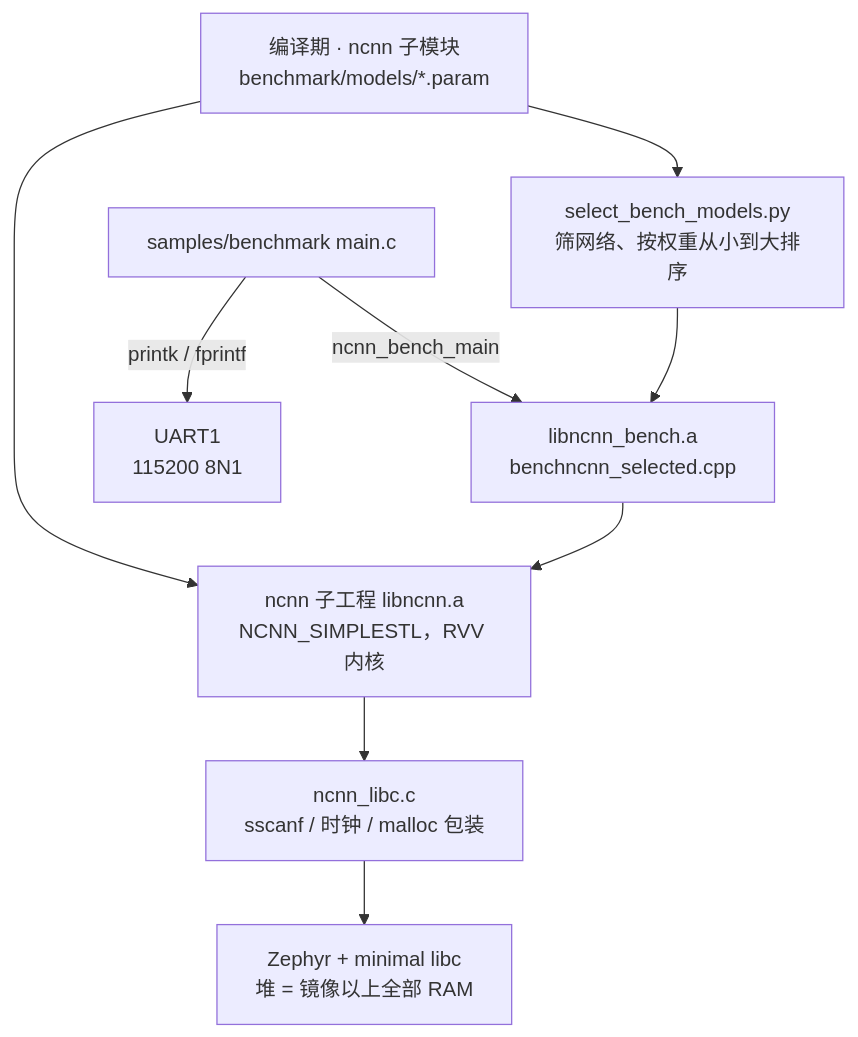
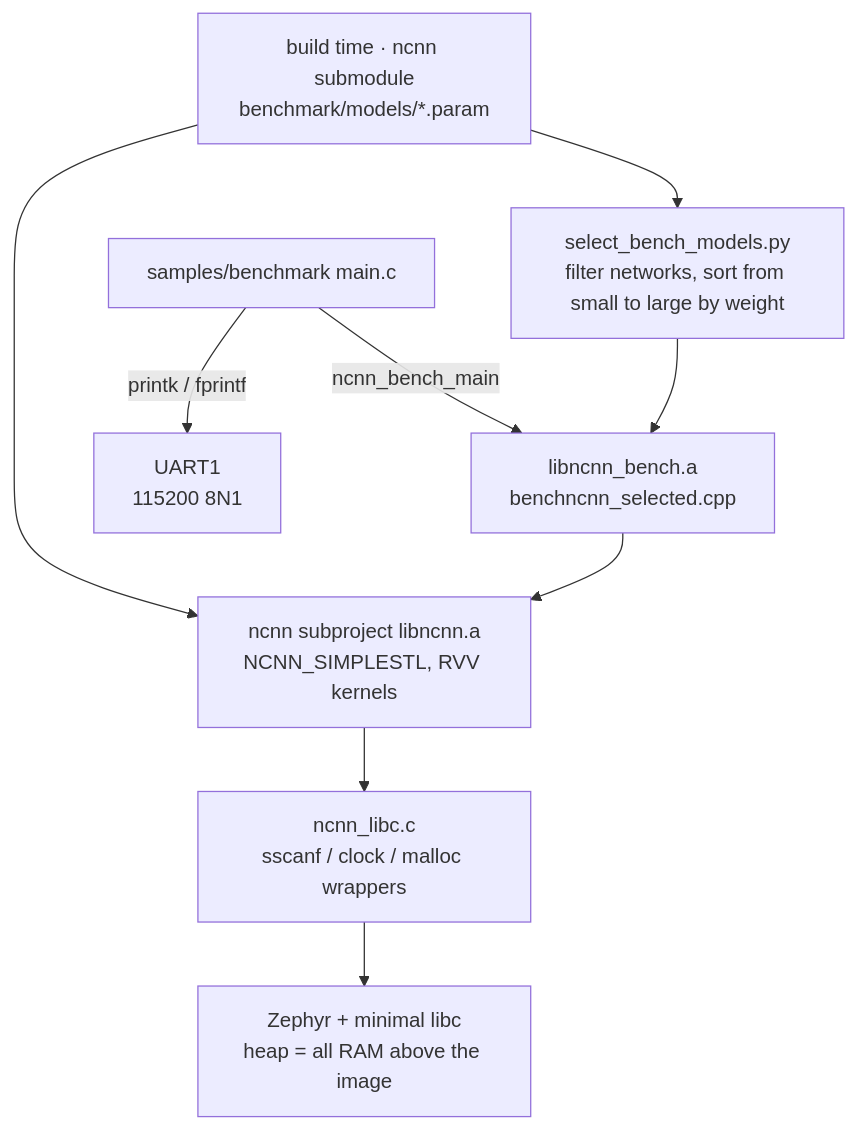
Before and after one commit to YuzukiHD/YuzukiNeko: the diagram in docs/src/content/docs/dev/zephyr/apps/ncnn.md, drawn with Mermaid. The commit also changed other lines of this file and 216 other files, not shown here.

````diff
--- a/docs/src/content/docs/dev/zephyr/apps/ncnn.md
+++ b/docs/src/content/docs/dev/zephyr/apps/ncnn.md
@@ -9,11 +9,11 @@
 ```mermaid
 flowchart TB
-    SUB["编译期 · ncnn 子模块<br/>benchmark/models/*.param"] --> SEL["select_bench_models.py<br/>筛网络、按权重从小到大排序"]
+    SUB["build time · ncnn submodule<br/>benchmark/models/*.param"] --> SEL["select_bench_models.py<br/>filter networks, sort from small to large by weight"]
     MAIN["samples/benchmark main.c"] -->|"ncnn_bench_main"| BENCH["libncnn_bench.a<br/>benchncnn_selected.cpp"]
     SEL --> BENCH
-    SUB --> LIB["ncnn 子工程 libncnn.a<br/>NCNN_SIMPLESTL，RVV 内核"]
+    SUB --> LIB["ncnn subproject libncnn.a<br/>NCNN_SIMPLESTL, RVV kernels"]
     BENCH --> LIB
-    LIB --> GLUE["ncnn_libc.c<br/>sscanf / 时钟 / malloc 包装"]
-    GLUE --> KERNEL["Zephyr + minimal libc<br/>堆 = 镜像以上全部 RAM"]
+    LIB --> GLUE["ncnn_libc.c<br/>sscanf / clock / malloc wrappers"]
+    GLUE --> KERNEL["Zephyr + minimal libc<br/>heap = all RAM above the image"]
     MAIN -->|"printk / fprintf"| UART["UART1<br/>115200 8N1"]
 ```
````
